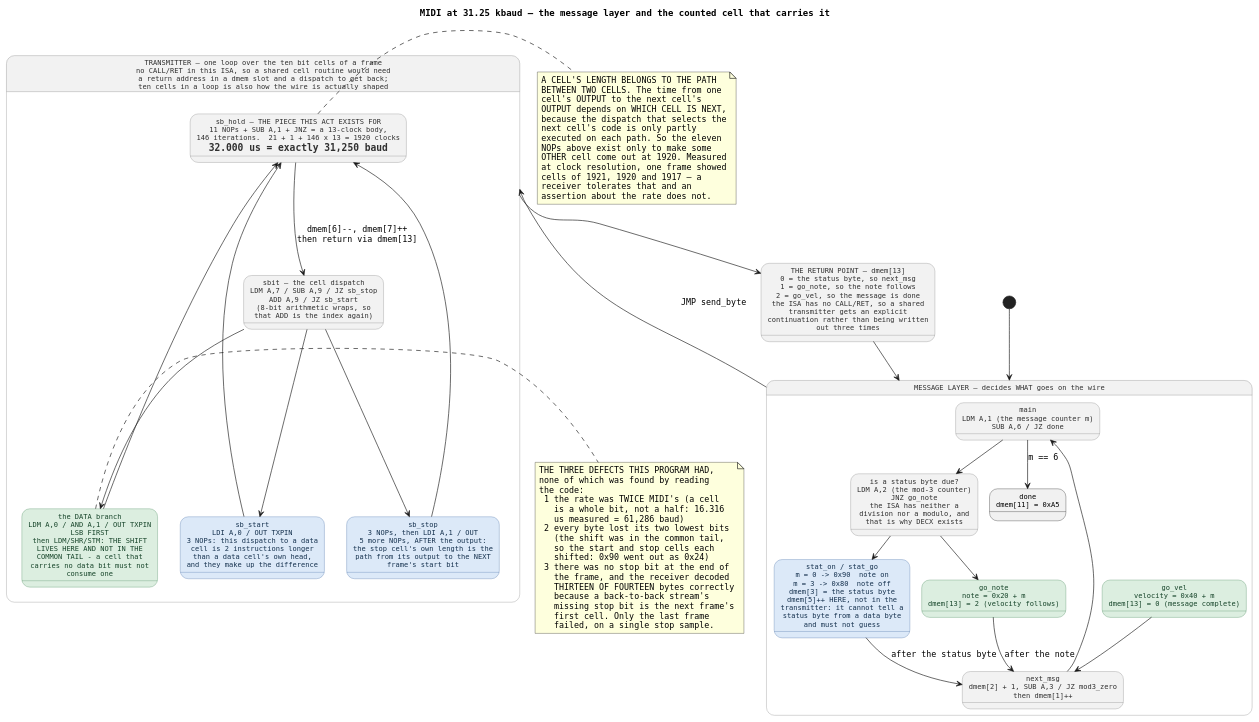
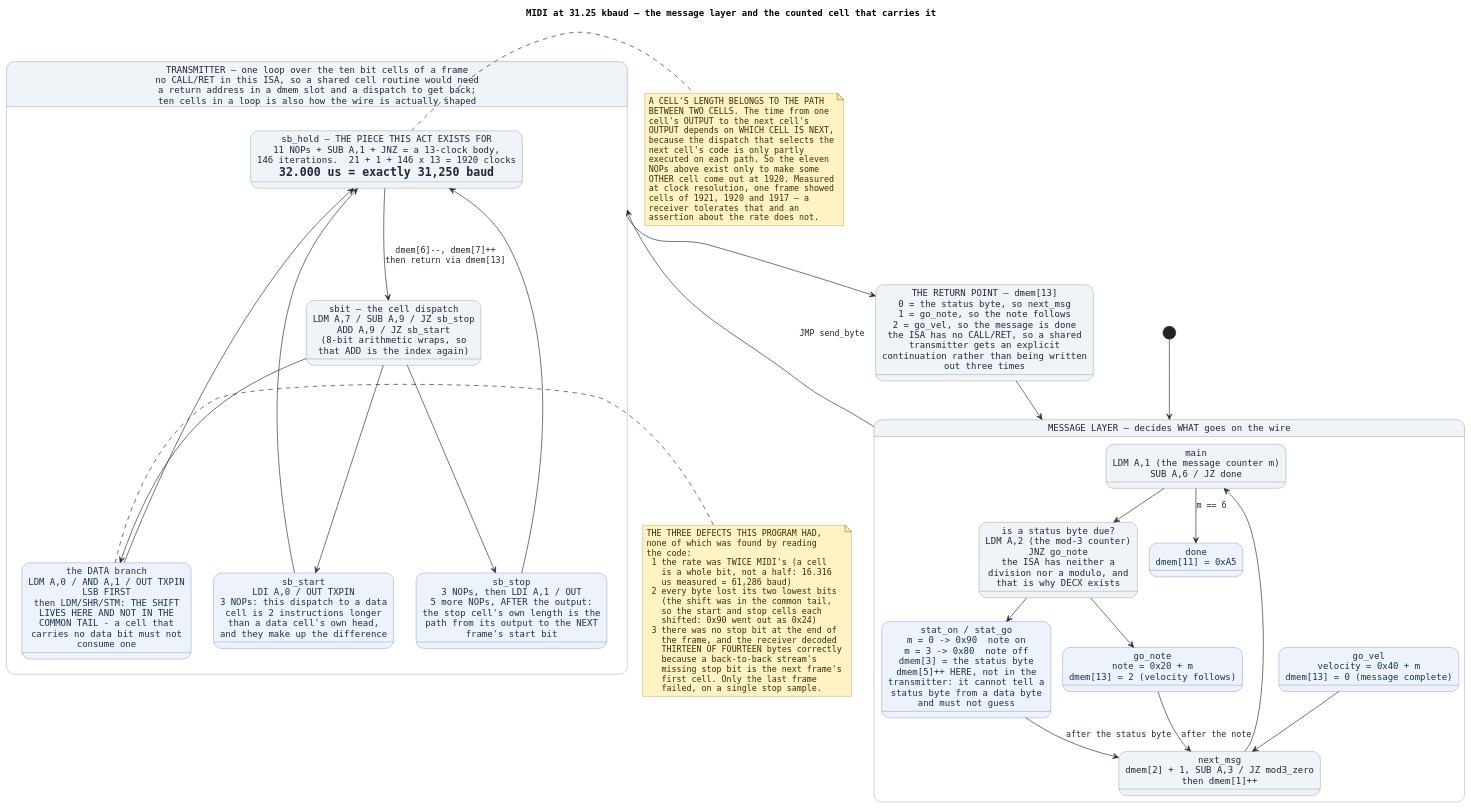
The first of 5 diagrams in diagrams/proto-midi.puml (smprather/janestreet-blog-serial-protocol-emulator), drawn with PlantUML before and after one commit. The commit also changed 70 other files, not shown here.

First line of the commit message:
diagrams: white-on-white -- 20 malformed hex codes were rendering as invisible arrows

```diff
--- a/diagrams/proto-midi.puml
+++ b/diagrams/proto-midi.puml
@@ -1,100 +1,127 @@
 @startuml
+skinparam NoteBackgroundColor #FFF3C4
+skinparam NoteBorderColor #9A7B0A
+skinparam NoteFontColor #3A2E00
+skinparam sequence {
+  ArrowColor #335550
+  ArrowFontColor #1F2933
+  LifeLineBorderColor #8A94A6
+  LifeLineBackgroundColor #EDF1F7
+  ParticipantBorderColor #4A6FA5
+  ParticipantBackgroundColor #DCE9F8
+  ParticipantFontColor #16324F
+  GroupBorderColor #6B7686
+  GroupBackgroundColor #E3E9F2
+  SequenceBoxBackgroundColor #FFF3C4
+  SequenceBoxBorderColor #9A7B0A
+  SequenceGroupBorderColor #6B7686
+  SequenceGroupBackgroundColor #E3E9F2
+  SequenceLifeLineBackgroundColor #EDF1F7
+  SequenceLifeLineBorderColor #8A94A6
+  SequenceDividerColor #1F2933
+}
+skinparam state {
+  BackgroundColor #EEF3FB
+  BorderColor #4A6FA5
+  FontColor #16324F
+  ArrowColor #1F2933
+  ArrowFontColor #1F2933
+  BackgroundColor<<tx>>   #DCE9F8
+  BorderColor<<tx>>       #4A6FA5
+  FontColor<<tx>>         #16324F
+  BackgroundColor<<rx>>   #DCEEE0
+  BorderColor<<rx>>       #4A8A5C
+  FontColor<<rx>>         #17452A
+  BackgroundColor<<ack>>  #FFF3C4
+  BorderColor<<ack>>      #9A7B0A
+  FontColor<<ack>>        #3A2E00
+  BackgroundColor<<abort>> #F6D9D9
+  BorderColor<<abort>>    #B05050
+  FontColor<<abort>>      #6A2020
+  BackgroundColor<<box>>  #F0F3F7
+  BorderColor<<box>>      #6B7686
+  FontColor<<box>>        #1F2933
+}
 title MIDI at 31.25 kbaud — the message layer and the counted cell that carries it
 ' Sources: firmware/midi_xfer.pe (the message layer, sbit/sb_start/sb_stop,
 '          sb_hold's 13-clock body x 146), tb/tb_pe_soc_midi.v (the
 '          oversampling receiver, the per-frame rate measurement),
 '          reviews/2026-09-25/FW-BUS-BLOCK3-FINDINGS.md (the measured numbers)
 ' Wire: 90 20 40 21 41 22 42 80 23 43 24 44 25 45
 '       6 messages, 2 status bytes, 14 bytes - not 18
 skinparam defaultFontName Monospaced
-skinparam state {
-  FontSize 11
-  BackgroundColor<<msg>>  #fbe9cf
-  BorderColor<<msg>>      #b8813a
-  FontColor<<msg>>        #5a3d12
-  BackgroundColor<<stat>> #dce9f8
-  BorderColor<<stat>>     #4a6fa5
-  FontColor<<stat>>       #16324f
-  BackgroundColor<<data>> #dceee0
-  BorderColor<<data>>     #4a8a5c
-  FontColor<<data>>       #17452a
-  BackgroundColor<<box>>  #f2f2f2
-  BorderColor<<box>>      #808080
-  FontColor<<box>>        #303030
-}
-
 state "MESSAGE LAYER — decides WHAT goes on the wire" as msg <<box>> {
   state "main\nLDM A,1 (the message counter m)\nSUB A,6 / JZ done" as m0 <<box>>
   state "is a status byte due?\nLDM A,2 (the mod-3 counter)\nJNZ go_note\nthe ISA has neither a\ndivision nor a modulo, and\nthat is why DECX exists" as m1 <<box>>
   state "stat_on / stat_go\nm = 0 -> 0x90  note on\nm = 3 -> 0x80  note off\ndmem[3] = the status byte\ndmem[5]++ HERE, not in the\ntransmitter: it cannot tell a\nstatus byte from a data byte\nand must not guess" as m2 <<stat>>
   state "go_note\nnote = 0x20 + m\ndmem[13] = 2 (velocity follows)" as m3 <<data>>
   state "go_vel\nvelocity = 0x40 + m\ndmem[13] = 0 (message complete)" as m4 <<data>>
   state "next_msg\ndmem[2] + 1, SUB A,3 / JZ mod3_zero\nthen dmem[1]++" as m5 <<box>>
   state "done\ndmem[11] = 0xA5" as m6
   m0 --> m1
   m1 --> m2
   m1 --> m3
   m2 --> m5 : after the status byte
   m3 --> m5 : after the note
   m4 --> m5
   m5 --> m0
   m0 --> m6 : m == 6
 }
 
 state "TRANSMITTER — one loop over the ten bit cells of a frame\nno CALL/RET in this ISA, so a shared cell routine would need\na return address in a dmem slot and a dispatch to get back;\nten cells in a loop is also how the wire is actually shaped" as tx <<box>> {
   state "sbit — the cell dispatch\nLDM A,7 / SUB A,9 / JZ sb_stop\nADD A,9 / JZ sb_start\n(8-bit arithmetic wraps, so\nthat ADD is the index again)" as t0 <<box>>
   state "the DATA branch\nLDM A,0 / AND A,1 / OUT TXPIN\nLSB FIRST\nthen LDM/SHR/STM: THE SHIFT\nLIVES HERE AND NOT IN THE\nCOMMON TAIL - a cell that\ncarries no data bit must not\nconsume one" as t1 <<data>>
   state "sb_start\nLDI A,0 / OUT TXPIN\n3 NOPs: this dispatch to a data\ncell is 2 instructions longer\nthan a data cell's own head,\nand they make up the difference" as t2 <<stat>>
   state "sb_stop\n3 NOPs, then LDI A,1 / OUT\n5 more NOPs, AFTER the output:\nthe stop cell's own length is the\npath from its output to the NEXT\nframe's start bit" as t3 <<stat>>
   state "sb_hold — THE PIECE THIS ACT EXISTS FOR\n11 NOPs + SUB A,1 + JNZ = a 13-clock body,\n146 iterations.  21 + 1 + 146 x 13 = 1920 clocks\n= 32.000 us = exactly 31,250 baud" as t4 <<box>>
   t0 --> t1
   t0 --> t2
   t0 --> t3
   t1 --> t4
   t2 --> t4
   t3 --> t4
   t4 --> t0 : dmem[6]--, dmem[7]++\nthen return via dmem[13]
 }
 
 state "THE RETURN POINT — dmem[13]\n0 = the status byte, so next_msg\n1 = go_note, so the note follows\n2 = go_vel, so the message is done\nthe ISA has no CALL/RET, so a shared\ntransmitter gets an explicit\ncontinuation rather than being written\nout three times" as ret <<box>>
 
 [*] --> msg
 msg --> tx : JMP send_byte
 tx --> ret
 ret --> msg
 
 note right of t4
   A CELL'S LENGTH BELONGS TO THE PATH
   BETWEEN TWO CELLS. The time from one
   cell's OUTPUT to the next cell's
   OUTPUT depends on WHICH CELL IS NEXT,
   because the dispatch that selects the
   next cell's code is only partly
   executed on each path. So the eleven
   NOPs above exist only to make some
   OTHER cell come out at 1920. Measured
   at clock resolution, one frame showed
   cells of 1921, 1920 and 1917 — a
   receiver tolerates that and an
   assertion about the rate does not.
 end note
 note right of t1
   THE THREE DEFECTS THIS PROGRAM HAD,
   none of which was found by reading
   the code:
    1 the rate was TWICE MIDI's (a cell
      is a whole bit, not a half: 16.316
      us measured = 61,286 baud)
    2 every byte lost its two lowest bits
      (the shift was in the common tail,
      so the start and stop cells each
      shifted: 0x90 went out as 0x24)
    3 there was no stop bit at the end of
      the frame, and the receiver decoded
      THIRTEEN OF FOURTEEN bytes correctly
      because a back-to-back stream's
      missing stop bit is the next frame's
      first cell. Only the last frame
      failed, on a single stop sample.
 end note
 @enduml
```
